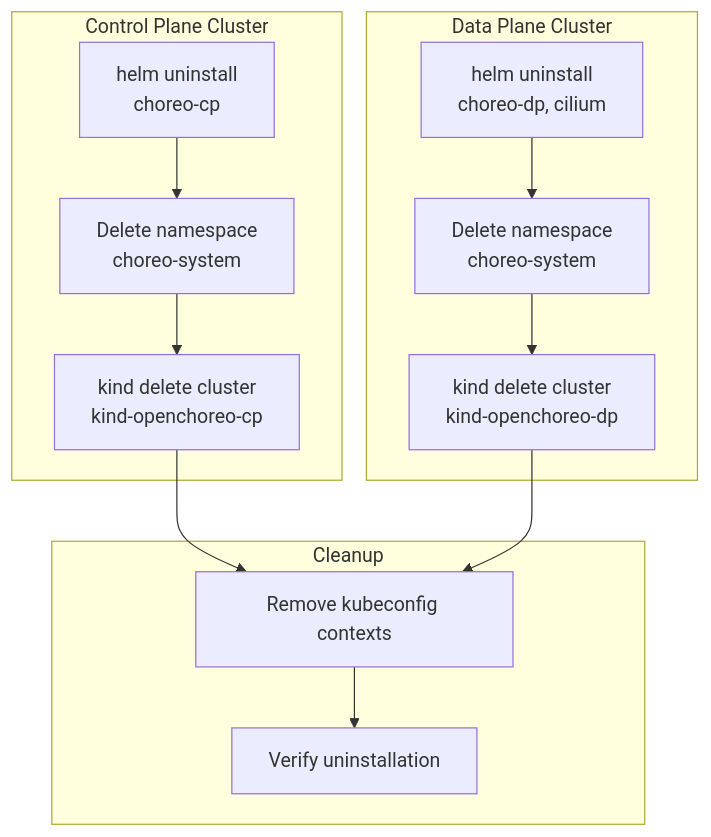
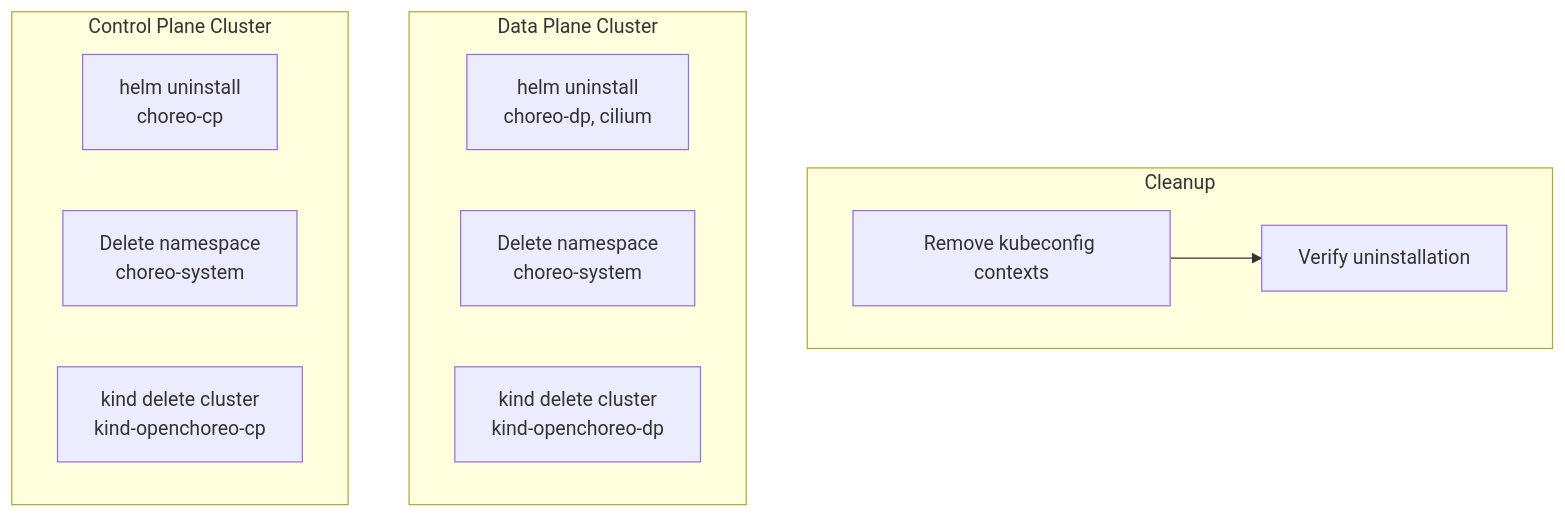
Before and after one commit to openchoreo/openchoreo: the third of 4 diagrams in docs/deepwiki/Uninstallation.md, drawn with Mermaid. The commit also changed other lines of this file and 85 other files, not shown here.

Commit message:
feat: Add new workflow and specification templates, update Helm chart dependencies, and clarify documentation diagrams.

````diff
--- a/docs/deepwiki/Uninstallation.md
+++ b/docs/deepwiki/Uninstallation.md
@@ -216,37 +208,30 @@
 ```mermaid
 flowchart TD
 
 CP_Helm["helm uninstall<br>choreo-cp"]
 CP_NS["Delete namespace<br>choreo-system"]
 CP_Cluster["kind delete cluster<br>kind-openchoreo-cp"]
 DP_Helm["helm uninstall<br>choreo-dp, cilium"]
 DP_NS["Delete namespace<br>choreo-system"]
 DP_Cluster["kind delete cluster<br>kind-openchoreo-dp"]
 Kube["Remove kubeconfig contexts"]
 Verify["Verify uninstallation"]
 
-CP_Cluster --> Kube
-DP_Cluster --> Kube
-
 subgraph Cleanup ["Cleanup"]
     Kube
     Verify
     Kube --> Verify
 end
 
 subgraph subGraph1 ["Data Plane Cluster"]
     DP_Helm
     DP_NS
     DP_Cluster
-    DP_Helm --> DP_NS
-    DP_NS --> DP_Cluster
 end
 
 subgraph subGraph0 ["Control Plane Cluster"]
     CP_Helm
     CP_NS
     CP_Cluster
-    CP_Helm --> CP_NS
-    CP_NS --> CP_Cluster
 end
 ```
````
